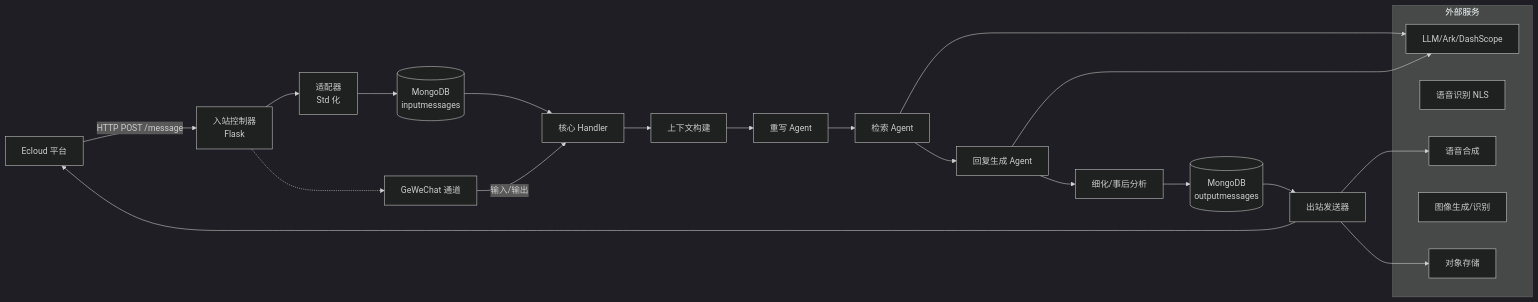
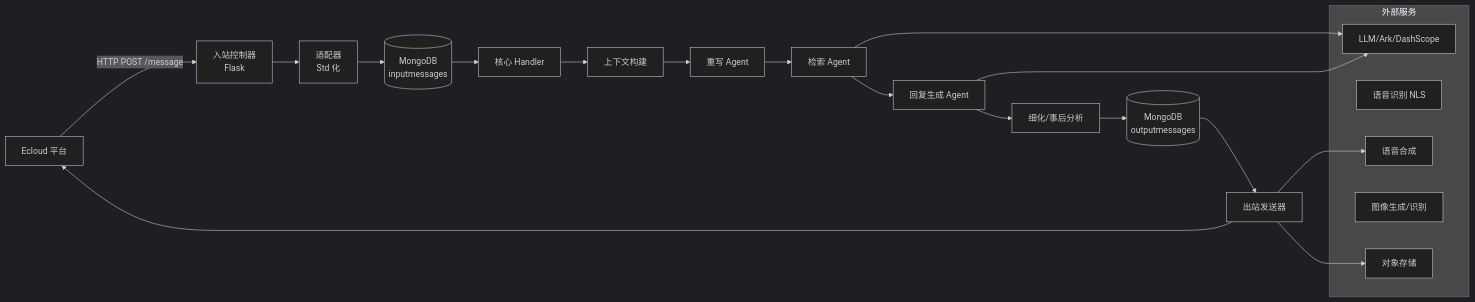
The first of 2 diagrams in doc/architecture_analysis.md (yidianyiko/openCoke), drawn with Mermaid (dark theme) before and after one commit. The commit also changed other lines of this file and 111 other files, not shown here.

````diff
--- a/doc/architecture_analysis.md
+++ b/doc/architecture_analysis.md
@@ -24,28 +24,26 @@
   ```mermaid
   flowchart LR
     EC[Ecloud 平台] -->|HTTP POST /message| IN[入站控制器<br/>Flask]
     IN --> AD[适配器<br/>Std 化]
     AD --> IM[(MongoDB<br/>inputmessages)]
     IM --> HD[核心 Handler]
     HD --> CTX[上下文构建]
     CTX --> AG1[重写 Agent]
     AG1 --> AG2[检索 Agent]
     AG2 --> AG3[回复生成 Agent]
     AG3 --> AG4[细化/事后分析]
     AG4 --> OM[(MongoDB<br/>outputmessages)]
     OM --> OUT[出站发送器]
     OUT --> EC
     subgraph 外部服务
       LLM[LLM/Ark/DashScope]
       V2T[语音识别 NLS]
       T2V[语音合成]
       IMG[图像生成/识别]
       OSS[对象存储]
     end
     AG2 --> LLM
     AG3 --> LLM
     OUT --> T2V
     OUT --> OSS
-    IN -.-> GeW[GeWeChat 通道]
-    GeW -->|输入/输出| HD
   ```
````
